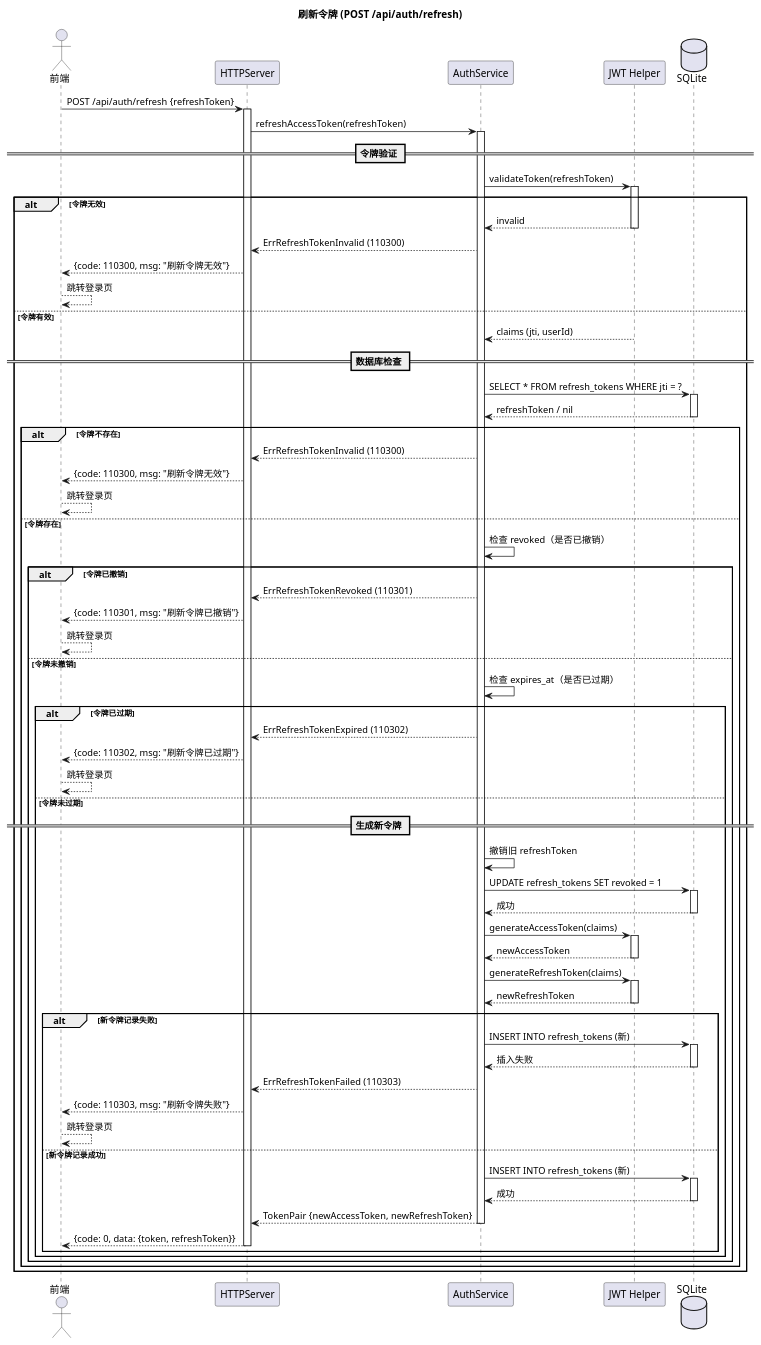
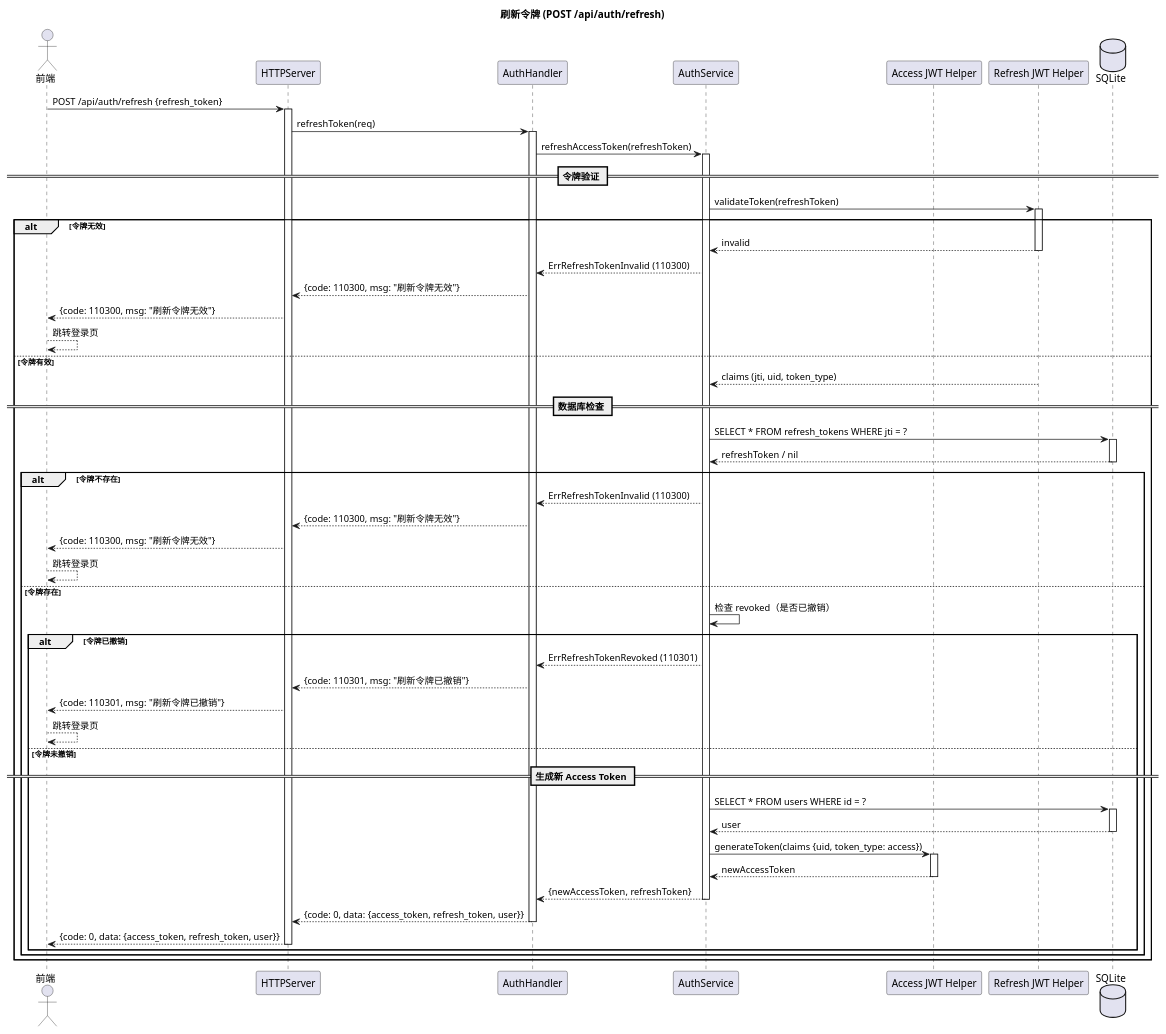
The diagram in docs/uml/02-sequence/01-03-refresh-token.puml (loommii/OctoTify), drawn with PlantUML before and after one commit. The commit also changed 10 other files, not shown here.

First line of the commit message:
✨ feat(auth): 新增刷新令牌接口并重构 JWT 为双 Helper 架构

```diff
--- a/docs/uml/02-sequence/01-03-refresh-token.puml
+++ b/docs/uml/02-sequence/01-03-refresh-token.puml
@@ -1,100 +1,81 @@
 @startuml OctoTify_Sequence_RefreshToken
 
 skinparam sequenceStyle svg
 skinparam linetype ortho
 
 title 刷新令牌 (POST /api/auth/refresh)
 
 actor "前端" as Frontend
 participant "HTTPServer" as Server
+participant "AuthHandler" as Handler
 participant "AuthService" as Auth
-participant "JWT Helper" as JWT
+participant "Access JWT Helper" as AccessJWT
+participant "Refresh JWT Helper" as RefreshJWT
 database "SQLite" as DB
 
-Frontend -> Server: POST /api/auth/refresh {refreshToken}
+Frontend -> Server: POST /api/auth/refresh {refresh_token}
 activate Server
-Server -> Auth: refreshAccessToken(refreshToken)
+Server -> Handler: refreshToken(req)
+activate Handler
+Handler -> Auth: refreshAccessToken(refreshToken)
 activate Auth
 
 == 令牌验证 ==
 
-Auth -> JWT: validateToken(refreshToken)
-activate JWT
+Auth -> RefreshJWT: validateToken(refreshToken)
+activate RefreshJWT
 
 alt 令牌无效
-    JWT --> Auth: invalid
-    deactivate JWT
-    Auth --> Server: ErrRefreshTokenInvalid (110300)
+    RefreshJWT --> Auth: invalid
+    deactivate RefreshJWT
+    Auth --> Handler: ErrRefreshTokenInvalid (110300)
+    Handler --> Server: {code: 110300, msg: "刷新令牌无效"}
     Server --> Frontend: {code: 110300, msg: "刷新令牌无效"}
     Frontend --> Frontend: 跳转登录页
 else 令牌有效
-    JWT --> Auth: claims (jti, userId)
-    deactivate JWT
+    RefreshJWT --> Auth: claims (jti, uid, token_type)
+    deactivate RefreshJWT
 
     == 数据库检查 ==
 
     Auth -> DB: SELECT * FROM refresh_tokens WHERE jti = ?
     activate DB
     DB --> Auth: refreshToken / nil
     deactivate DB
 
     alt 令牌不存在
-        Auth --> Server: ErrRefreshTokenInvalid (110300)
+        Auth --> Handler: ErrRefreshTokenInvalid (110300)
+        Handler --> Server: {code: 110300, msg: "刷新令牌无效"}
         Server --> Frontend: {code: 110300, msg: "刷新令牌无效"}
         Frontend --> Frontend: 跳转登录页
     else 令牌存在
         Auth -> Auth: 检查 revoked（是否已撤销）
 
         alt 令牌已撤销
-            Auth --> Server: ErrRefreshTokenRevoked (110301)
+            Auth --> Handler: ErrRefreshTokenRevoked (110301)
+            Handler --> Server: {code: 110301, msg: "刷新令牌已撤销"}
             Server --> Frontend: {code: 110301, msg: "刷新令牌已撤销"}
             Frontend --> Frontend: 跳转登录页
         else 令牌未撤销
-            Auth -> Auth: 检查 expires_at（是否已过期）
 
-            alt 令牌已过期
-                Auth --> Server: ErrRefreshTokenExpired (110302)
-                Server --> Frontend: {code: 110302, msg: "刷新令牌已过期"}
-                Frontend --> Frontend: 跳转登录页
-            else 令牌未过期
+            == 生成新 Access Token ==
 
-                == 生成新令牌 ==
-
-                Auth -> Auth: 撤销旧 refreshToken
-                Auth -> DB: UPDATE refresh_tokens SET revoked = 1
-                activate DB
-                DB --> Auth: 成功
-                deactivate DB
-                Auth -> JWT: generateAccessToken(claims)
-                activate JWT
-                JWT --> Auth: newAccessToken
-                deactivate JWT
-                Auth -> JWT: generateRefreshToken(claims)
-                activate JWT
-                JWT --> Auth: newRefreshToken
-                deactivate JWT
-
-                alt 新令牌记录失败
-                    Auth -> DB: INSERT INTO refresh_tokens (新)
-                    activate DB
-                    DB --> Auth: 插入失败
-                    deactivate DB
-                    Auth --> Server: ErrRefreshTokenFailed (110303)
-                    Server --> Frontend: {code: 110303, msg: "刷新令牌失败"}
-                    Frontend --> Frontend: 跳转登录页
-                else 新令牌记录成功
-                    Auth -> DB: INSERT INTO refresh_tokens (新)
-                    activate DB
-                    DB --> Auth: 成功
-                    deactivate DB
-                    Auth --> Server: TokenPair {newAccessToken, newRefreshToken}
-                    deactivate Auth
-                    Server --> Frontend: {code: 0, data: {token, refreshToken}}
-                    deactivate Server
-                end
-            end
+            Auth -> DB: SELECT * FROM users WHERE id = ?
+            activate DB
+            DB --> Auth: user
+            deactivate DB
+            Auth -> AccessJWT: generateToken(claims {uid, token_type: access})
+            activate AccessJWT
+            AccessJWT --> Auth: newAccessToken
+            deactivate AccessJWT
+            Auth --> Handler: {newAccessToken, refreshToken}
+            deactivate Auth
+            Handler --> Server: {code: 0, data: {access_token, refresh_token, user}}
+            deactivate Handler
+            Server --> Frontend: {code: 0, data: {access_token, refresh_token, user}}
+            deactivate Server
         end
     end
 end
 
 @enduml
```
